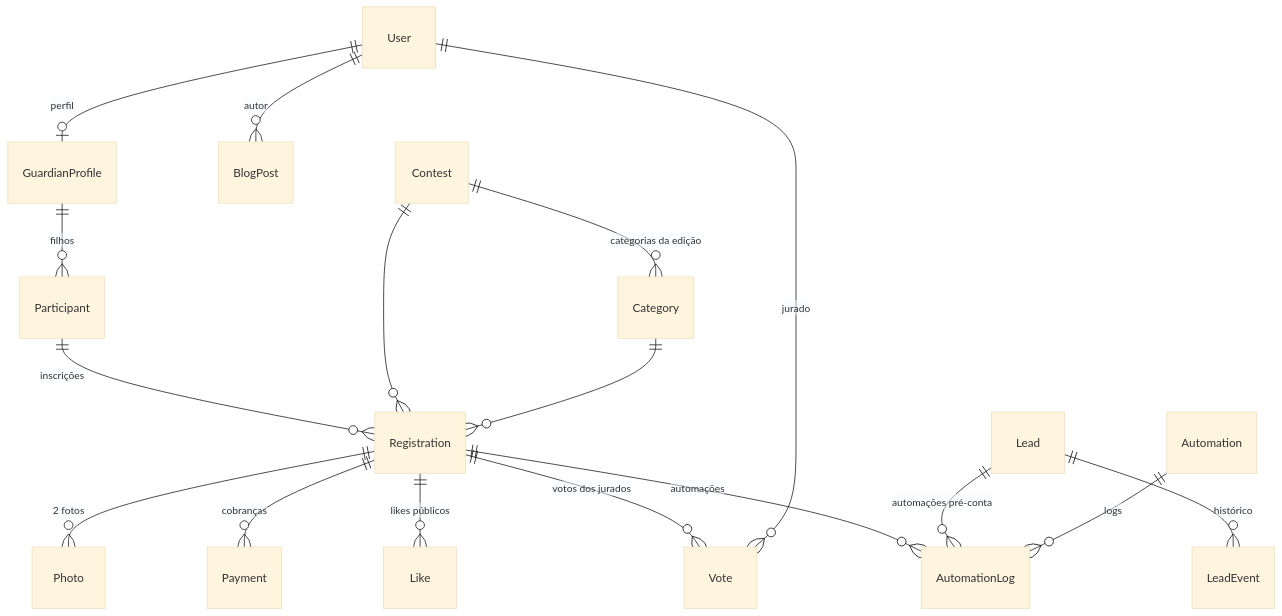
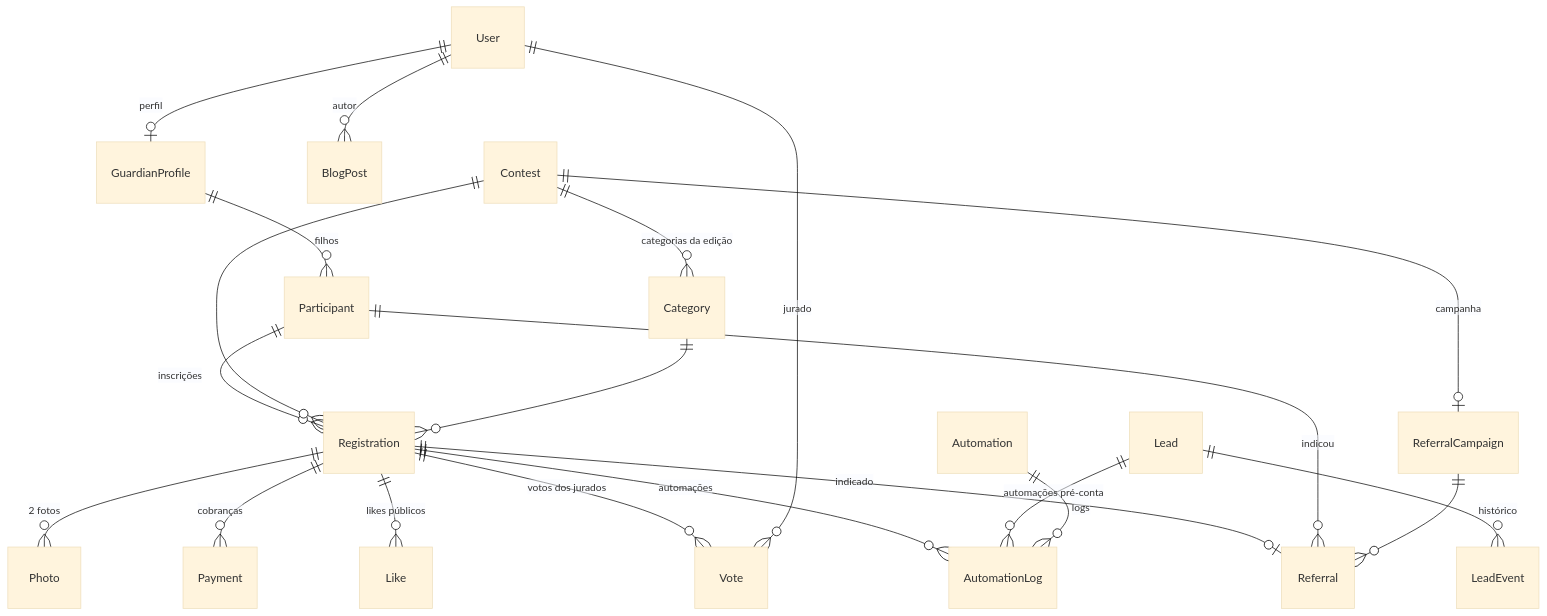
One commit to gustavoborgs/ccmf-platform changed the diagram in docs/03-modelo-de-dados.md. Above: the diagram before and after it, drawn with Mermaid (base theme). The commit also changed other lines of this file and 37 other files, not shown here.

````diff
--- a/docs/03-modelo-de-dados.md
+++ b/docs/03-modelo-de-dados.md
@@ -7,19 +7,23 @@
 ```mermaid
 erDiagram
     User ||--o| GuardianProfile : "perfil"
     User ||--o{ BlogPost : "autor"
     GuardianProfile ||--o{ Participant : "filhos"
     Participant ||--o{ Registration : "inscrições"
     Contest ||--o{ Registration : ""
     Contest ||--o{ Category : "categorias da edição"
     Category ||--o{ Registration : ""
     Registration ||--o{ Photo : "2 fotos"
     Registration ||--o{ Payment : "cobranças"
     Registration ||--o{ Like : "likes públicos"
     Registration ||--o{ Vote : "votos dos jurados"
     Registration ||--o{ AutomationLog : "automações"
+    Registration ||--o| Referral : "indicado"
+    Participant ||--o{ Referral : "indicou"
+    Contest ||--o| ReferralCampaign : "campanha"
+    ReferralCampaign ||--o{ Referral : ""
     Lead ||--o{ AutomationLog : "automações pré-conta"
     Automation ||--o{ AutomationLog : "logs"
     User ||--o{ Vote : "jurado"
     Lead ||--o{ LeadEvent : "histórico"
 ```
````
